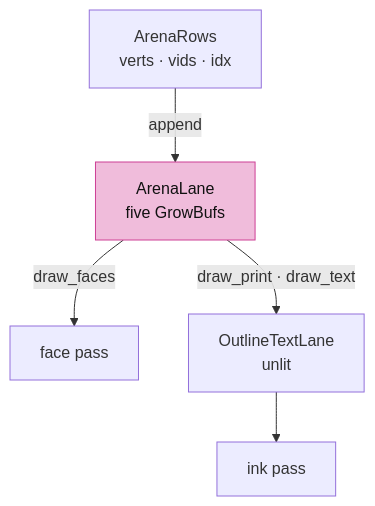
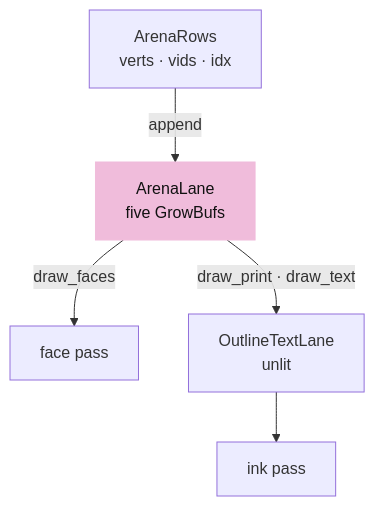
The ninth of 11 diagrams in session_viewer/docs/04a-meshes.md (petrasvestartas/session), drawn with Mermaid before and after one commit. The commit also changed other lines of this file and 324 other files, not shown here.

````diff
--- a/session_viewer/docs/04a-meshes.md
+++ b/session_viewer/docs/04a-meshes.md
@@ -341,8 +431,8 @@
 ```mermaid
 flowchart TB
     AR["ArenaRows<br/>verts · vids · idx"] -- "append" --> AL["ArenaLane<br/>five GrowBufs"]
     AL -- "draw_faces" --> FP["face pass"]
     AL -- "draw_print · draw_text" --> OL["OutlineTextLane<br/>unlit"]
     OL --> IP["ink pass"]
-    style AL fill:#f0bcdb,stroke:#ce4095,color:#111
+    style AL fill:#f0bcdb,stroke:#f0bcdb,color:#111
 ```
````
